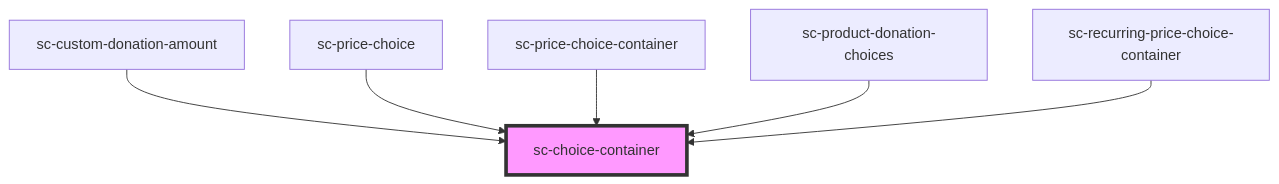
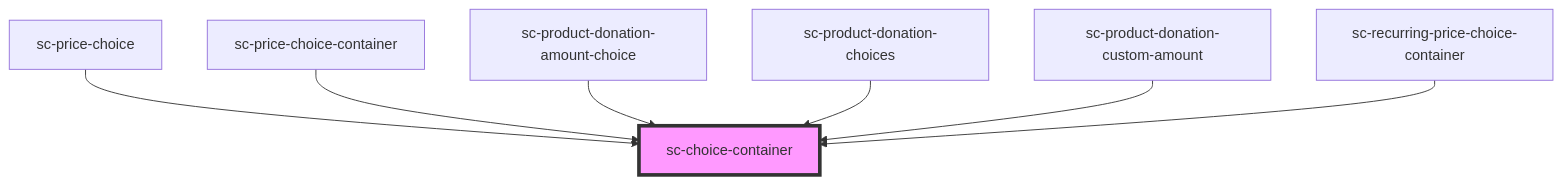
One commit to surecart/surecart-wp-plugin changed the diagram in packages/components/src/components/ui/choice-container/readme.md. Above: the diagram before and after it, drawn with Mermaid. The commit also changed other lines of this file and 35 other files, not shown here.

````diff
--- a/packages/components/src/components/ui/choice-container/readme.md
+++ b/packages/components/src/components/ui/choice-container/readme.md
@@ -97,9 +98,10 @@
 ```mermaid
 graph TD;
-  sc-custom-donation-amount --> sc-choice-container
   sc-price-choice --> sc-choice-container
   sc-price-choice-container --> sc-choice-container
+  sc-product-donation-amount-choice --> sc-choice-container
   sc-product-donation-choices --> sc-choice-container
+  sc-product-donation-custom-amount --> sc-choice-container
   sc-recurring-price-choice-container --> sc-choice-container
   style sc-choice-container fill:#f9f,stroke:#333,stroke-width:4px
 ```
````
